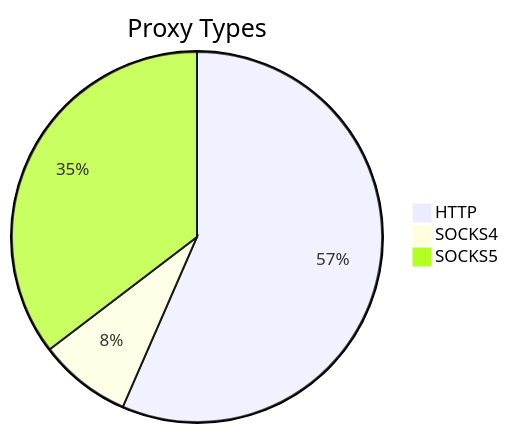
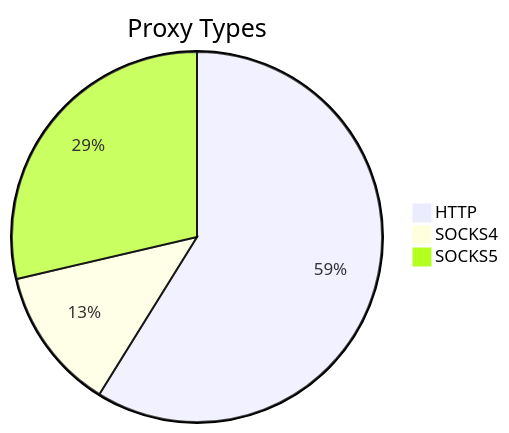
One commit to stormsia/proxy-list changed the first of 2 diagrams in README.md. Above: the diagram before and after it, drawn with Mermaid. The commit also changed other lines of this file, not shown here.

````diff
--- a/README.md
+++ b/README.md
@@ -21,6 +21,6 @@
 ```mermaid
 pie title Proxy Types
-    "HTTP" : 259
-    "SOCKS4" : 37
-    "SOCKS5" : 162
+    "HTTP" : 376
+    "SOCKS4" : 80
+    "SOCKS5" : 183
 ```
````
